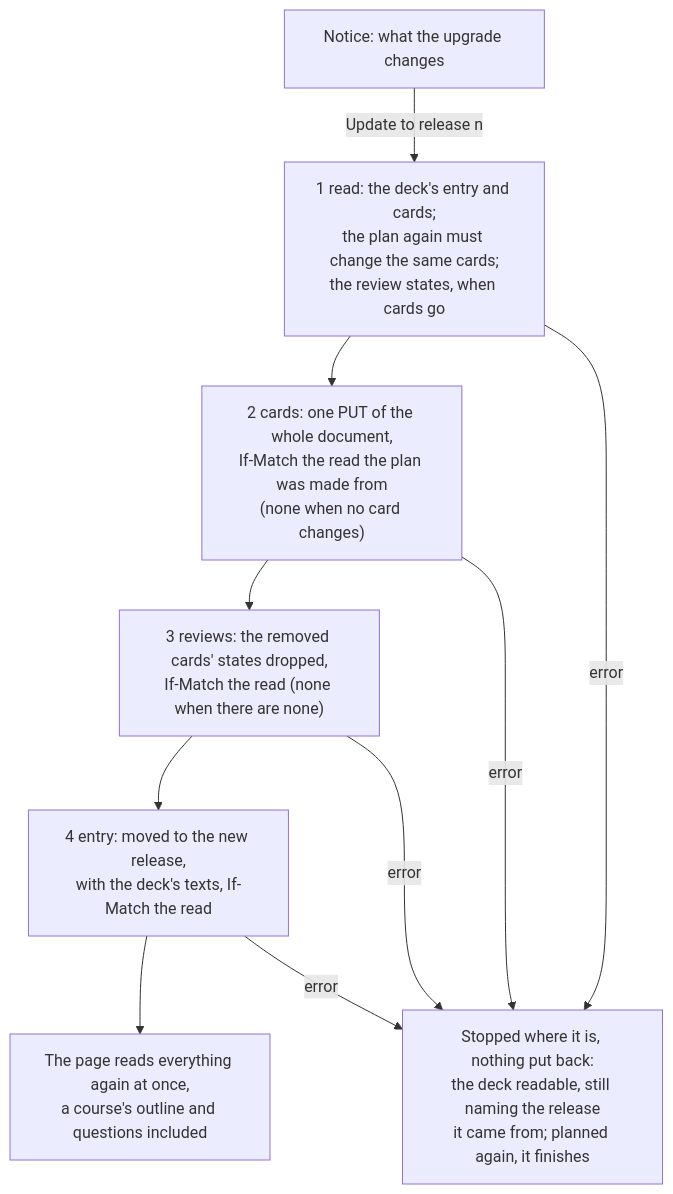
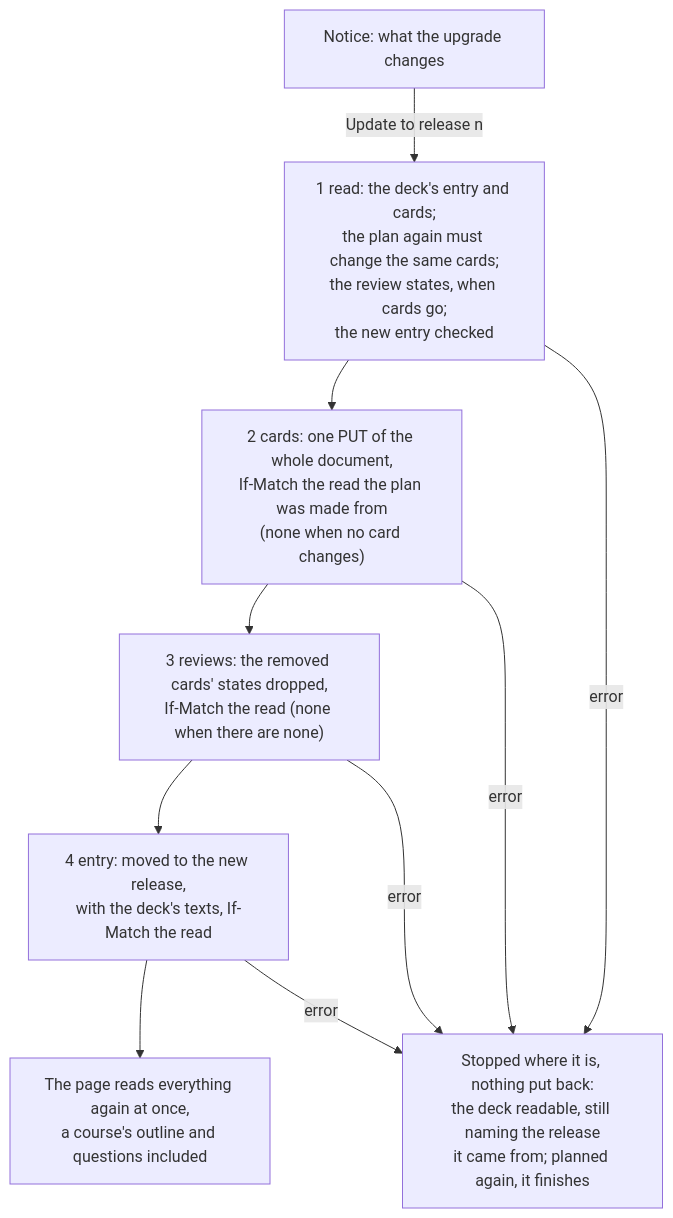
Before and after one commit to solid-memo/website: the third of 3 diagrams in docs/migrations.md, drawn with Mermaid. The commit also changed other lines of this file and 23 other files, not shown here.

````diff
--- a/docs/migrations.md
+++ b/docs/migrations.md
@@ -839,11 +842,11 @@
 ```mermaid
 flowchart TD
     accTitle: Upgrading a library deck
     accDescr: The upgrade reads the deck, puts its cards, drops the removed cards' review states and moves the entry to the new release, and an error stops it where it is.
-    offer["Notice: what the upgrade changes"] -->|Update to release n| read["1 read: the deck's entry and cards;<br/>the plan again must change the same cards;<br/>the review states, when cards go"]
+    offer["Notice: what the upgrade changes"] -->|Update to release n| read["1 read: the deck's entry and cards;<br/>the plan again must change the same cards;<br/>the review states, when cards go;<br/>the new entry checked"]
     read --> cards["2 cards: one PUT of the whole document,<br/>If-Match the read the plan was made from<br/>(none when no card changes)"]
     cards --> reviews["3 reviews: the removed cards' states dropped,<br/>If-Match the read (none when there are none)"]
     reviews --> entry["4 entry: moved to the new release,<br/>with the deck's texts, If-Match the read"]
     entry --> refresh["The page reads everything again at once,<br/>a course's outline and questions included"]
     read & cards & reviews & entry -->|error| stop["Stopped where it is, nothing put back:<br/>the deck readable, still naming the release<br/>it came from; planned again, it finishes"]
 ```
````
